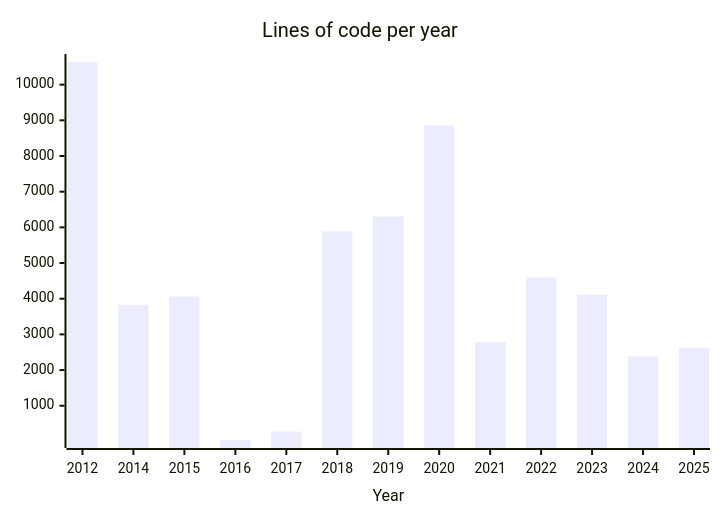
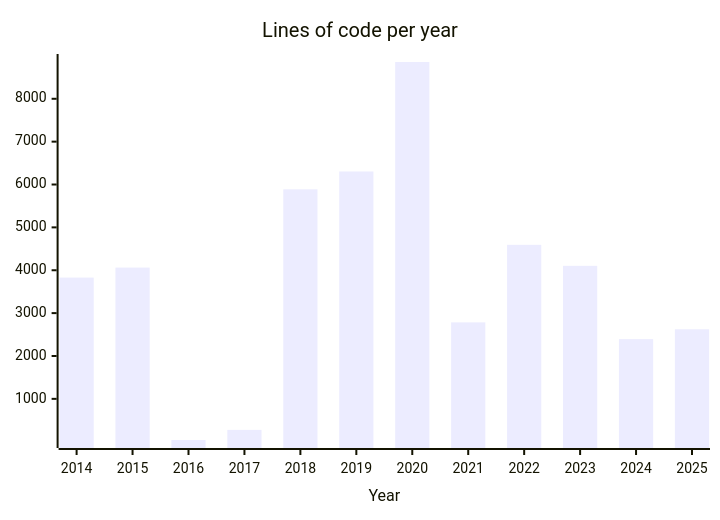
The diagram in README.md (engdan77/engdan77), drawn with Mermaid before and after one commit. The commit also changed other lines of this file and 3 other files, not shown here.

````diff
--- a/README.md
+++ b/README.md
@@ -41,6 +40,6 @@
 ```mermaid
 xychart-beta
       title "Lines of code per year"
-      x-axis "Year" [2012, 2014, 2015, 2016, 2017, 2018, 2019, 2020, 2021, 2022, 2023, 2024, 2025]
-      bar "engdan77" [10635, 3829, 4062, 40, 276, 5888, 6304, 8858, 2784, 4593, 4113, 2382, 2623]
+      x-axis "Year" [2014, 2015, 2016, 2017, 2018, 2019, 2020, 2021, 2022, 2023, 2024, 2025]
+      bar "engdan77" [3829, 4062, 40, 276, 5888, 6304, 8858, 2784, 4593, 4103, 2393, 2623]
 ```
````
